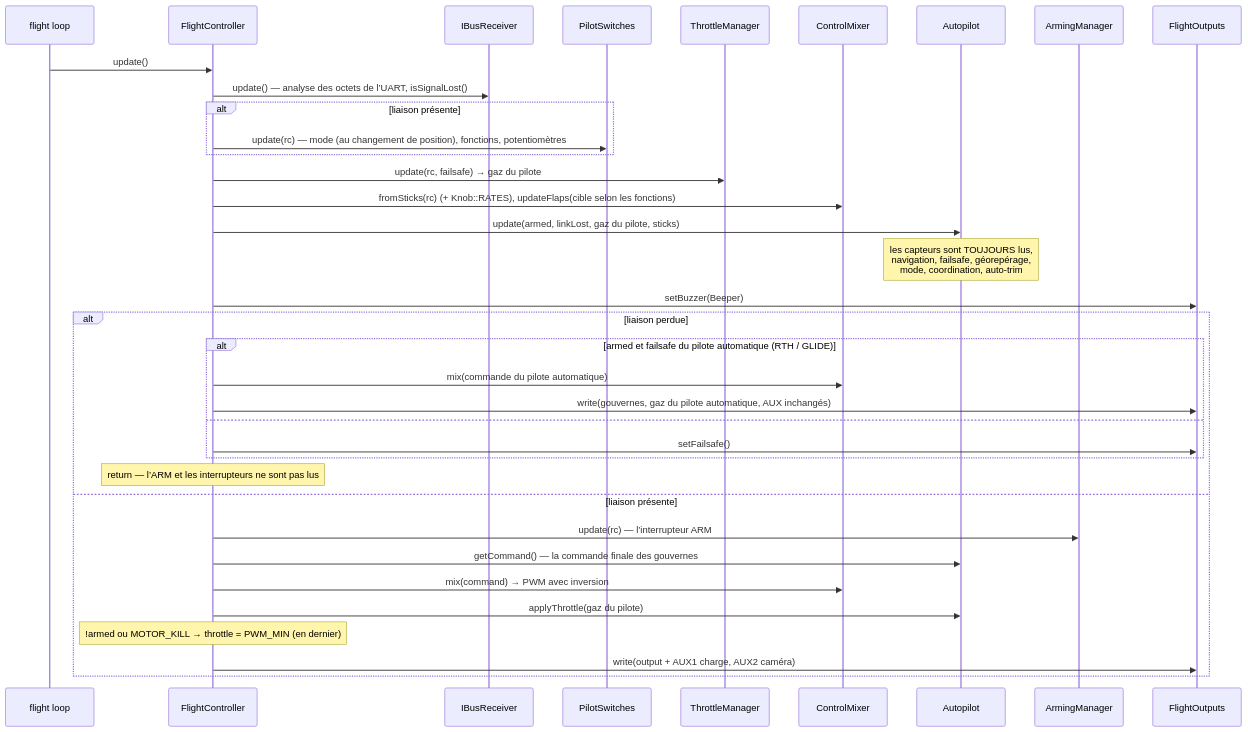
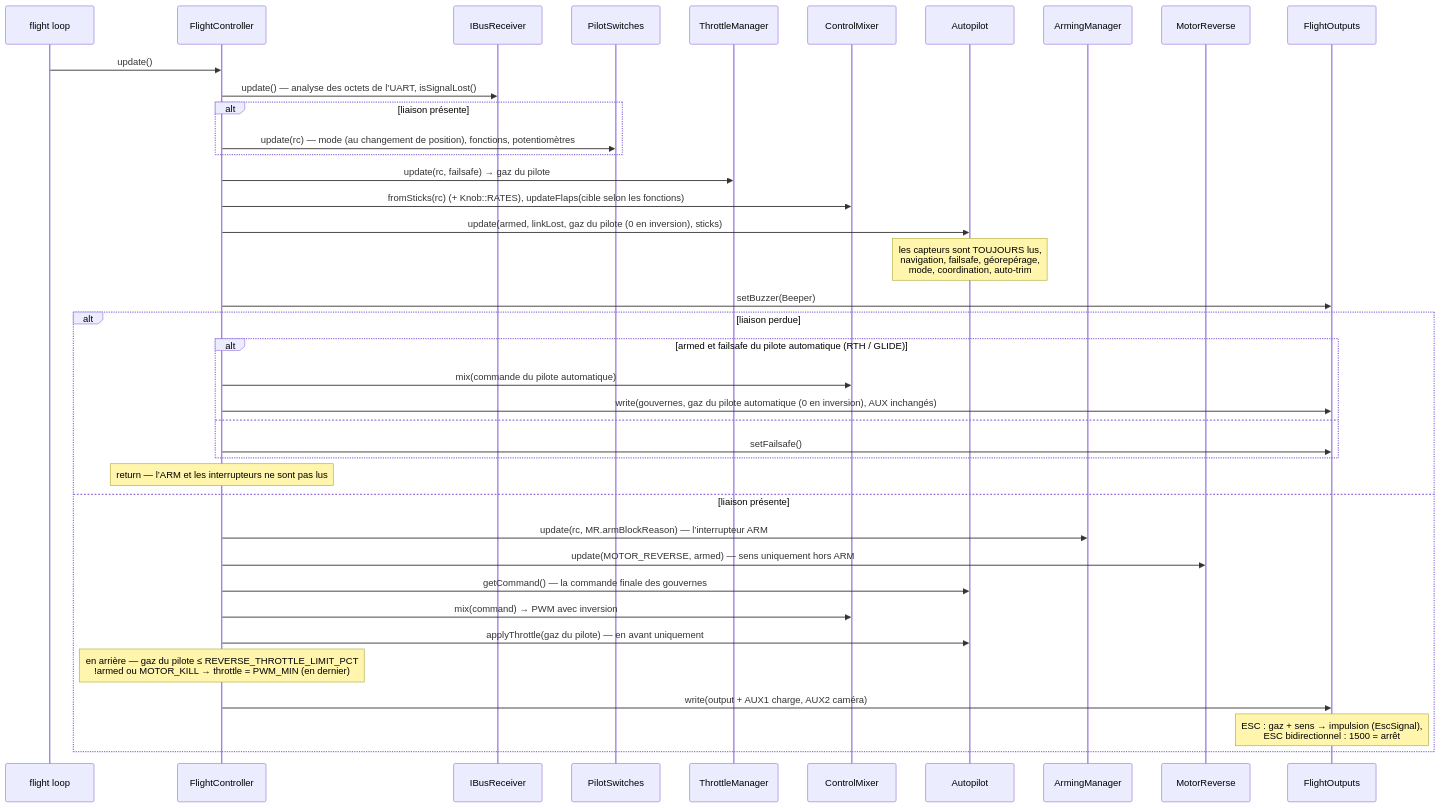
One commit to damir-lebedev/OpenPlaneProject changed the sixth of 11 diagrams in docs/i18n/fr/ARCHITECTURE.md. Above: the diagram before and after it, drawn with Mermaid. The commit also changed other lines of this file and 166 other files, not shown here.

First line of the commit message:
Make the bidirectional BLHeli 80A ESC the main one, with a disarm-only motor reverse

````diff
--- a/docs/i18n/fr/ARCHITECTURE.md
+++ b/docs/i18n/fr/ARCHITECTURE.md
@@ -355,39 +355,42 @@
 ```mermaid
 sequenceDiagram
     participant L as flight loop
     participant FC as FlightController
     participant RX as IBusReceiver
     participant SW as PilotSwitches
     participant TM as ThrottleManager
     participant MX as ControlMixer
     participant AP as Autopilot
     participant AM as ArmingManager
+    participant MR as MotorReverse
     participant OUT as FlightOutputs
 
     L->>FC: update()
     FC->>RX: update() — analyse des octets de l’UART, isSignalLost()
     alt liaison présente
         FC->>SW: update(rc) — mode (au changement de position), fonctions, potentiomètres
     end
     FC->>TM: update(rc, failsafe) → gaz du pilote
     FC->>MX: fromSticks(rc) (+ Knob::RATES), updateFlaps(cible selon les fonctions)
-    FC->>AP: update(armed, linkLost, gaz du pilote, sticks)
+    FC->>AP: update(armed, linkLost, gaz du pilote (0 en inversion), sticks)
     Note over AP: les capteurs sont TOUJOURS lus,<br/>navigation, failsafe, géorepérage,<br/>mode, coordination, auto-trim
     FC->>OUT: setBuzzer(Beeper)
     alt liaison perdue
         alt armed et failsafe du pilote automatique (RTH / GLIDE)
             FC->>MX: mix(commande du pilote automatique)
-            FC->>OUT: write(gouvernes, gaz du pilote automatique, AUX inchangés)
+            FC->>OUT: write(gouvernes, gaz du pilote automatique (0 en inversion), AUX inchangés)
         else
             FC->>OUT: setFailsafe()
         end
         Note over FC: return — l’ARM et les interrupteurs ne sont pas lus
     else liaison présente
-        FC->>AM: update(rc) — l’interrupteur ARM
+        FC->>AM: update(rc, MR.armBlockReason) — l’interrupteur ARM
+        FC->>MR: update(MOTOR_REVERSE, armed) — sens uniquement hors ARM
         FC->>AP: getCommand() — la commande finale des gouvernes
         FC->>MX: mix(command) → PWM avec inversion
-        FC->>AP: applyThrottle(gaz du pilote)
-        Note over FC: !armed ou MOTOR_KILL → throttle = PWM_MIN (en dernier)
+        FC->>AP: applyThrottle(gaz du pilote) — en avant uniquement
+        Note over FC: en arrière — gaz du pilote ≤ REVERSE_THROTTLE_LIMIT_PCT<br/>!armed ou MOTOR_KILL → throttle = PWM_MIN (en dernier)
         FC->>OUT: write(output + AUX1 charge, AUX2 caméra)
+        Note over OUT: ESC : gaz + sens → impulsion (EscSignal),<br/>ESC bidirectionnel : 1500 = arrêt
     end
 ```
````
